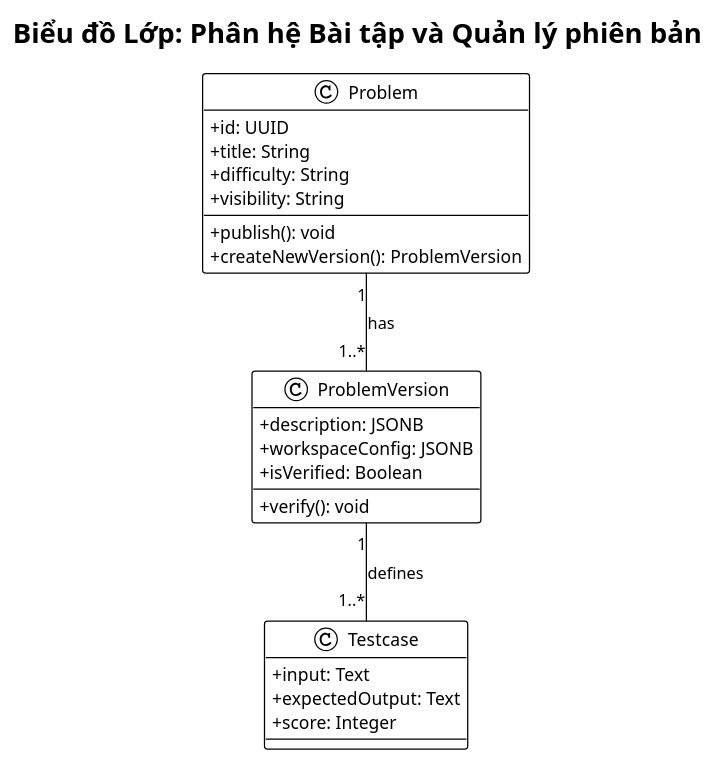
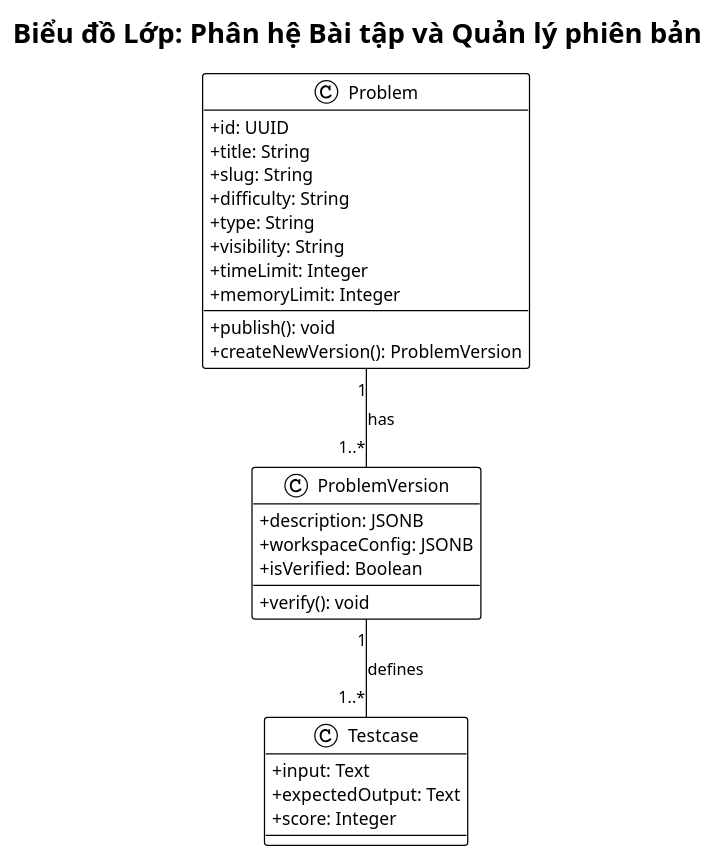
The second of 10 diagrams in CodeLearn_BaoCao/03d_Ch3_ClassDiagram_Deployment.md (ARPHAM/codelearn-fe), drawn with PlantUML before and after one commit. The commit also changed other lines of this file and 12 other files, not shown here.

````diff
--- a/CodeLearn_BaoCao/03d_Ch3_ClassDiagram_Deployment.md
+++ b/CodeLearn_BaoCao/03d_Ch3_ClassDiagram_Deployment.md
@@ -47,35 +54,39 @@
 ```plantuml
 @startuml CD_ProblemModule
 skinparam monochrome true
 !theme plain
 skinparam classAttributeIconSize 0
 title Biểu đồ Lớp: Phân hệ Bài tập và Quản lý phiên bản
 
 class Problem {
   +id: UUID
   +title: String
+  +slug: String
   +difficulty: String
+  +type: String
   +visibility: String
+  +timeLimit: Integer
+  +memoryLimit: Integer
   --
   +publish(): void
   +createNewVersion(): ProblemVersion
 }
 
 class ProblemVersion {
   +description: JSONB
   +workspaceConfig: JSONB
   +isVerified: Boolean
   --
   +verify(): void
 }
 
 class Testcase {
   +input: Text
   +expectedOutput: Text
   +score: Integer
 }
 
 Problem "1" -- "1..*" ProblemVersion : has
 ProblemVersion "1" -- "1..*" Testcase : defines
 @enduml
 ```
````
